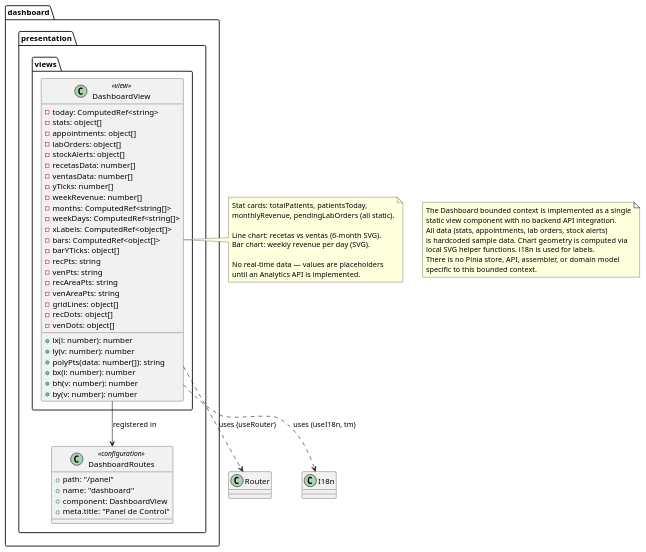
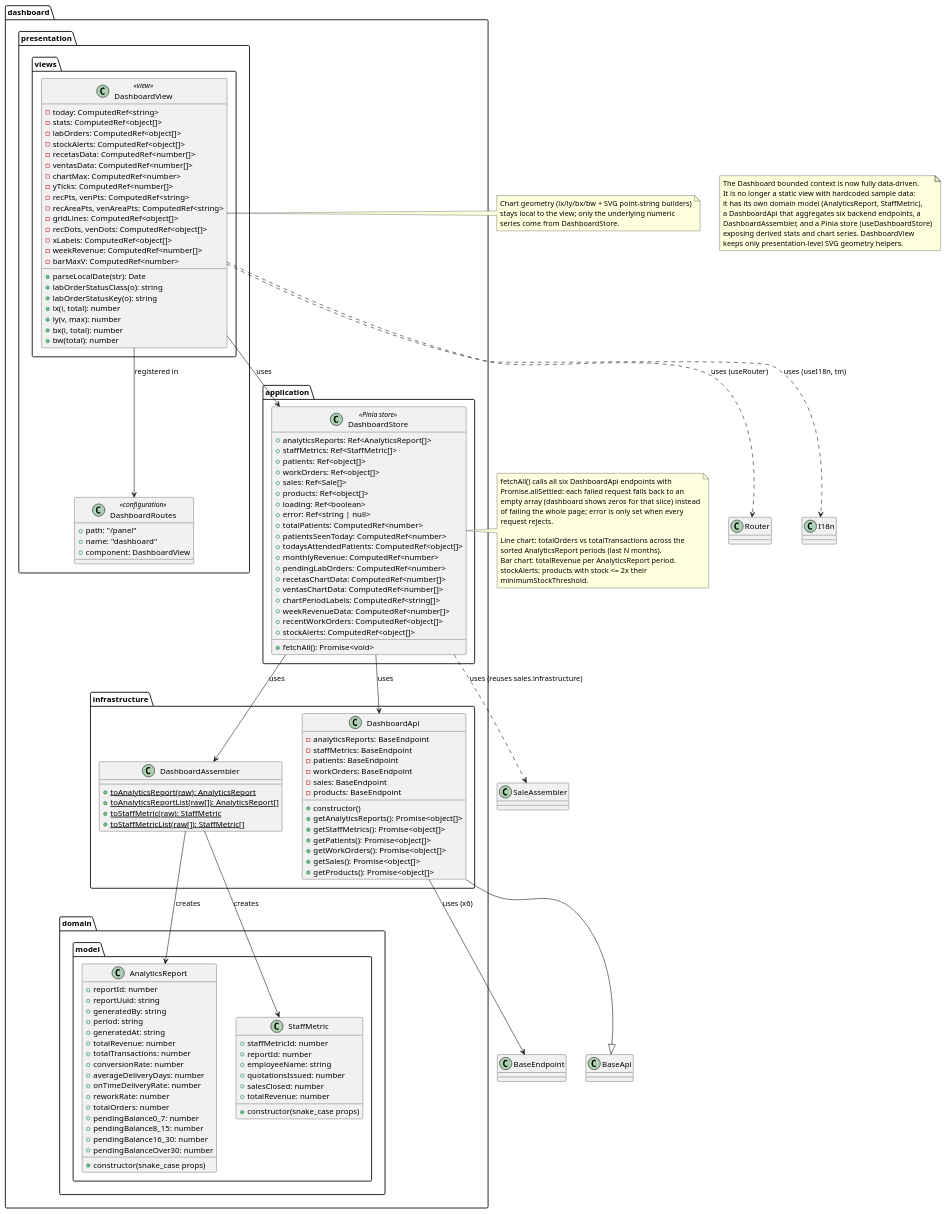
One commit to 1asi0730-2610-10203-OptiFlow/OptiFlow-Report-Stable changed the diagram in docs/class-diagram-analytics.puml. Above: the diagram before and after it, drawn with PlantUML. The commit also changed 14 other files, not shown here.

Commit message:
update: new diagrams frontend

```diff
--- a/docs/class-diagram-analytics.puml
+++ b/docs/class-diagram-analytics.puml
@@ -1,69 +1,163 @@
 @startuml BC-07_Dashboard
 
 note as ImplementationNote
-  The Dashboard bounded context is implemented as a single
-  static view component with no backend API integration.
-  All data (stats, appointments, lab orders, stock alerts)
-  is hardcoded sample data. Chart geometry is computed via
-  local SVG helper functions. i18n is used for labels.
-  There is no Pinia store, API, assembler, or domain model
-  specific to this bounded context.
+  The Dashboard bounded context is now fully data-driven.
+  It is no longer a static view with hardcoded sample data:
+  it has its own domain model (AnalyticsReport, StaffMetric),
+  a DashboardApi that aggregates six backend endpoints, a
+  DashboardAssembler, and a Pinia store (useDashboardStore)
+  exposing derived stats and chart series. DashboardView
+  keeps only presentation-level SVG geometry helpers.
 end note
+
+package "dashboard.domain.model" {
+  class AnalyticsReport {
+    + reportId: number
+    + reportUuid: string
+    + generatedBy: string
+    + period: string
+    + generatedAt: string
+    + totalRevenue: number
+    + totalTransactions: number
+    + conversionRate: number
+    + averageDeliveryDays: number
+    + onTimeDeliveryRate: number
+    + reworkRate: number
+    + totalOrders: number
+    + pendingBalance0_7: number
+    + pendingBalance8_15: number
+    + pendingBalance16_30: number
+    + pendingBalanceOver30: number
+    + constructor(snake_case props)
+  }
+  class StaffMetric {
+    + staffMetricId: number
+    + reportId: number
+    + employeeName: string
+    + quotationsIssued: number
+    + salesClosed: number
+    + totalRevenue: number
+    + constructor(snake_case props)
+  }
+}
+
+package "dashboard.infrastructure" {
+  class DashboardApi {
+    - analyticsReports: BaseEndpoint
+    - staffMetrics: BaseEndpoint
+    - patients: BaseEndpoint
+    - workOrders: BaseEndpoint
+    - sales: BaseEndpoint
+    - products: BaseEndpoint
+    + constructor()
+    + getAnalyticsReports(): Promise<object[]>
+    + getStaffMetrics(): Promise<object[]>
+    + getPatients(): Promise<object[]>
+    + getWorkOrders(): Promise<object[]>
+    + getSales(): Promise<object[]>
+    + getProducts(): Promise<object[]>
+  }
+  class DashboardAssembler {
+    + {static} toAnalyticsReport(raw): AnalyticsReport
+    + {static} toAnalyticsReportList(raw[]): AnalyticsReport[]
+    + {static} toStaffMetric(raw): StaffMetric
+    + {static} toStaffMetricList(raw[]): StaffMetric[]
+  }
+}
+
+package "dashboard.application" {
+  class DashboardStore <<Pinia store>> {
+    + analyticsReports: Ref<AnalyticsReport[]>
+    + staffMetrics: Ref<StaffMetric[]>
+    + patients: Ref<object[]>
+    + workOrders: Ref<object[]>
+    + sales: Ref<Sale[]>
+    + products: Ref<object[]>
+    + loading: Ref<boolean>
+    + error: Ref<string | null>
+    + totalPatients: ComputedRef<number>
+    + patientsSeenToday: ComputedRef<number>
+    + todaysAttendedPatients: ComputedRef<object[]>
+    + monthlyRevenue: ComputedRef<number>
+    + pendingLabOrders: ComputedRef<number>
+    + recetasChartData: ComputedRef<number[]>
+    + ventasChartData: ComputedRef<number[]>
+    + chartPeriodLabels: ComputedRef<string[]>
+    + weekRevenueData: ComputedRef<number[]>
+    + recentWorkOrders: ComputedRef<object[]>
+    + stockAlerts: ComputedRef<object[]>
+    + fetchAll(): Promise<void>
+  }
+}
 
 package "dashboard.presentation.views" {
   class DashboardView <<view>> {
     - today: ComputedRef<string>
-    - stats: object[]
-    - appointments: object[]
-    - labOrders: object[]
-    - stockAlerts: object[]
-    - recetasData: number[]
-    - ventasData: number[]
-    - yTicks: number[]
-    - weekRevenue: number[]
-    - months: ComputedRef<string[]>
-    - weekDays: ComputedRef<string[]>
+    - stats: ComputedRef<object[]>
+    - labOrders: ComputedRef<object[]>
+    - stockAlerts: ComputedRef<object[]>
+    - recetasData: ComputedRef<number[]>
+    - ventasData: ComputedRef<number[]>
+    - chartMax: ComputedRef<number>
+    - yTicks: ComputedRef<number[]>
+    - recPts, venPts: ComputedRef<string>
+    - recAreaPts, venAreaPts: ComputedRef<string>
+    - gridLines: ComputedRef<object[]>
+    - recDots, venDots: ComputedRef<object[]>
     - xLabels: ComputedRef<object[]>
-    - bars: ComputedRef<object[]>
-    - barYTicks: object[]
-    - recPts: string
-    - venPts: string
-    - recAreaPts: string
-    - venAreaPts: string
-    - gridLines: object[]
-    - recDots: object[]
-    - venDots: object[]
-    + lx(i: number): number
-    + ly(v: number): number
-    + polyPts(data: number[]): string
-    + bx(i: number): number
-    + bh(v: number): number
-    + by(v: number): number
+    - weekRevenue: ComputedRef<number[]>
+    - barMaxV: ComputedRef<number>
+    + parseLocalDate(str): Date
+    + labOrderStatusClass(o): string
+    + labOrderStatusKey(o): string
+    + lx(i, total): number
+    + ly(v, max): number
+    + bx(i, total): number
+    + bw(total): number
   }
 }
 
 package "dashboard.presentation" {
   class DashboardRoutes <<configuration>> {
     + path: "/panel"
     + name: "dashboard"
     + component: DashboardView
-    + meta.title: "Panel de Control"
   }
 }
 
+DashboardApi --> BaseEndpoint : uses (x6)
+DashboardApi --|> BaseApi
+
+DashboardAssembler --> AnalyticsReport : creates
+DashboardAssembler --> StaffMetric : creates
+
+DashboardStore --> DashboardApi : uses
+DashboardStore --> DashboardAssembler : uses
+DashboardStore ..> SaleAssembler : uses (reuses sales.infrastructure)
+
+DashboardView --> DashboardStore : uses
 DashboardView --> DashboardRoutes : registered in
 DashboardView ..> Router : uses (useRouter)
 DashboardView ..> I18n : uses (useI18n, tm)
 
+note right of DashboardStore
+  fetchAll() calls all six DashboardApi endpoints with
+  Promise.allSettled: each failed request falls back to an
+  empty array (dashboard shows zeros for that slice) instead
+  of failing the whole page; error is only set when every
+  request rejects.
+
+  Line chart: totalOrders vs totalTransactions across the
+  sorted AnalyticsReport periods (last N months).
+  Bar chart: totalRevenue per AnalyticsReport period.
+  stockAlerts: products with stock <= 2x their
+  minimumStockThreshold.
+end note
+
 note right of DashboardView
-  Stat cards: totalPatients, patientsToday,
-  monthlyRevenue, pendingLabOrders (all static).
-
-  Line chart: recetas vs ventas (6-month SVG).
-  Bar chart: weekly revenue per day (SVG).
-
-  No real-time data — values are placeholders
-  until an Analytics API is implemented.
+  Chart geometry (lx/ly/bx/bw + SVG point-string builders)
+  stays local to the view; only the underlying numeric
+  series come from DashboardStore.
 end note
 
 @enduml
```
